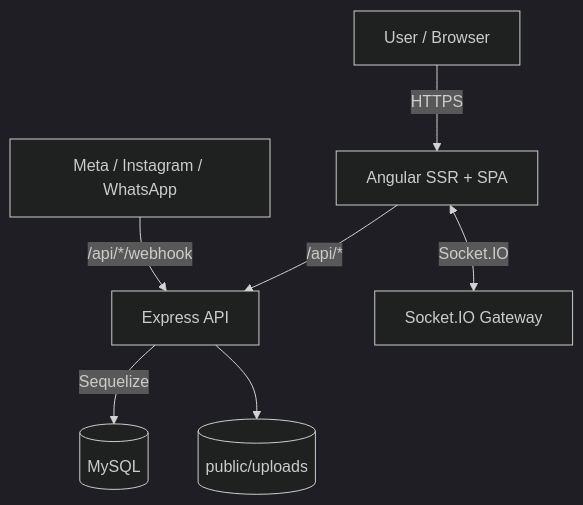
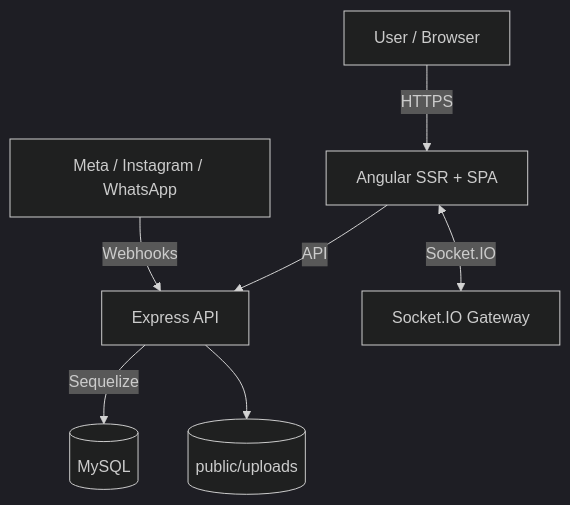
Before and after one commit to qetuo975/Modern-CRM: the first of 3 diagrams in README.md, drawn with Mermaid (dark theme). The commit also changed other lines of this file, not shown here.

````diff
--- a/README.md
+++ b/README.md
@@ -54,9 +54,9 @@
 ```mermaid
 flowchart TB
   User[User / Browser] -->|HTTPS| Web[Angular SSR + SPA]
-  Web -->|/api/*| Api[Express API]
+	Web -->|API| Api[Express API]
   Api -->|Sequelize| Db[(MySQL)]
   Web <--> |Socket.IO| Realtime[Socket.IO Gateway]
-  Providers[Meta / Instagram / WhatsApp] -->|/api/*/webhook| Api
+	Providers[Meta / Instagram / WhatsApp] -->|Webhooks| Api
   Api --> Uploads[(public/uploads)]
 ```
````
